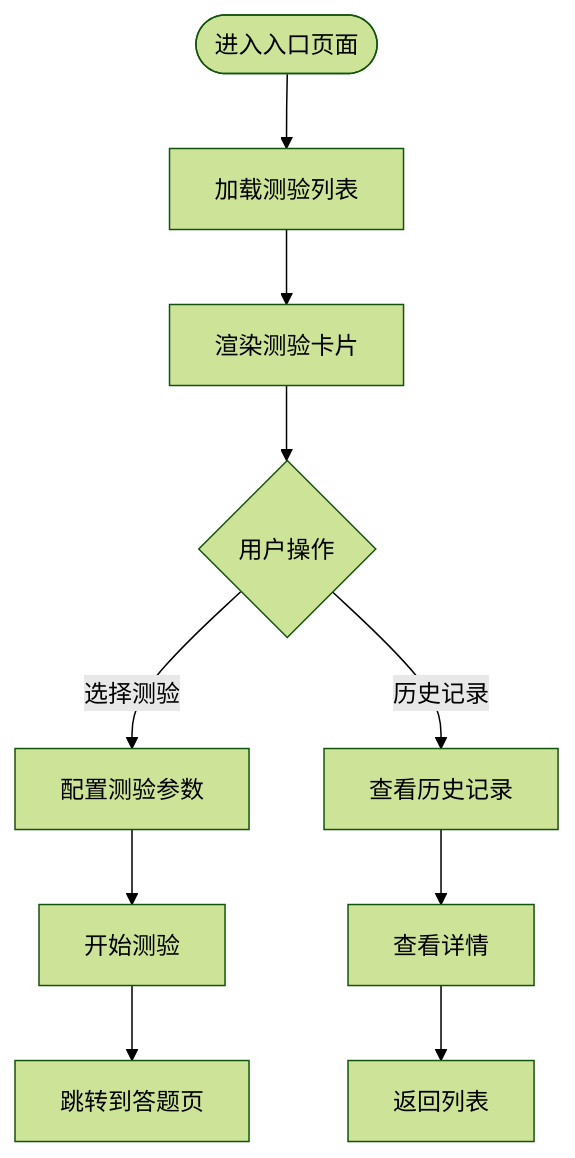
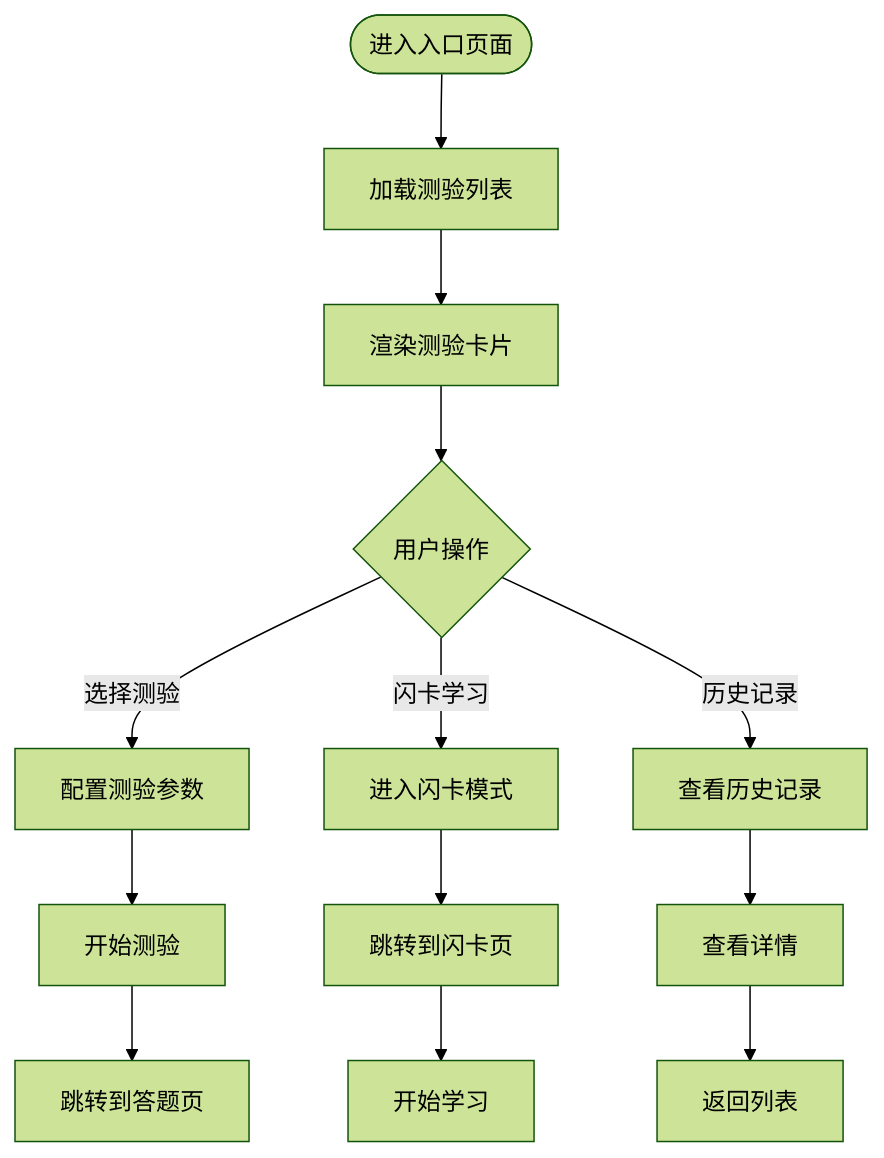
The third of 19 diagrams in .qoder/repowiki/zh/content/核心功能模块/测验系统/测验系统.md (cwb7756/bio), drawn with Mermaid (forest theme) before and after one commit. The commit also changed other lines of this file and 14 other files, not shown here.

First line of the commit message:
feat(knowledgeMap): 增强知识图谱功能，新增种子数据生成器

````diff
--- a/.qoder/repowiki/zh/content/核心功能模块/测验系统/测验系统.md
+++ b/.qoder/repowiki/zh/content/核心功能模块/测验系统/测验系统.md
@@ -172,12 +202,15 @@
 ```mermaid
 flowchart TD
 Start(["进入入口页面"]) --> Load["加载测验列表"]
 Load --> Display["渲染测验卡片"]
 Display --> Select{"用户操作"}
 Select --> |选择测验| Config["配置测验参数"]
+Select --> |闪卡学习| Flashcard["进入闪卡模式"]
 Select --> |历史记录| History["查看历史记录"]
 Config --> StartQuiz["开始测验"]
 History --> ViewDetail["查看详情"]
+Flashcard --> NavigateFC["跳转到闪卡页"]
 StartQuiz --> Navigate["跳转到答题页"]
 ViewDetail --> Back["返回列表"]
+NavigateFC --> Learn["开始学习"]
 ```
````
